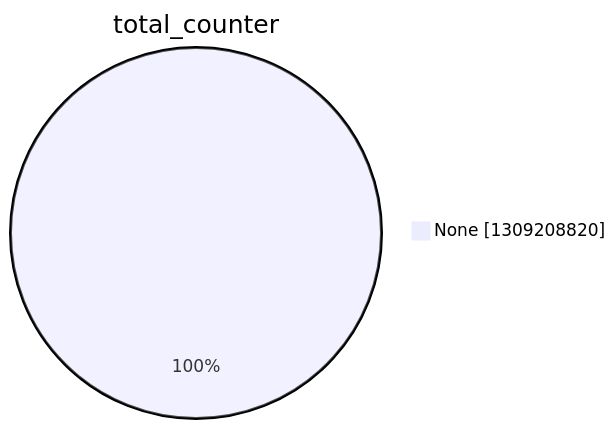
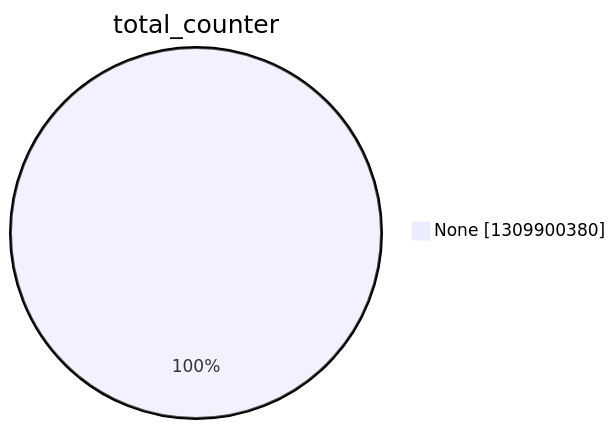
One commit to christiankrug/ctmonitor_visualization changed the second of 15 diagrams in argon2022/README.md. Above: the diagram before and after it, drawn with Mermaid. The commit also changed other lines of this file, not shown here.

````diff
--- a/argon2022/README.md
+++ b/argon2022/README.md
@@ -9,5 +9,5 @@
 ```mermaid
 pie showData
 title total_counter
-"None" :1309208820
+"None" :1309900380
 ```
````
